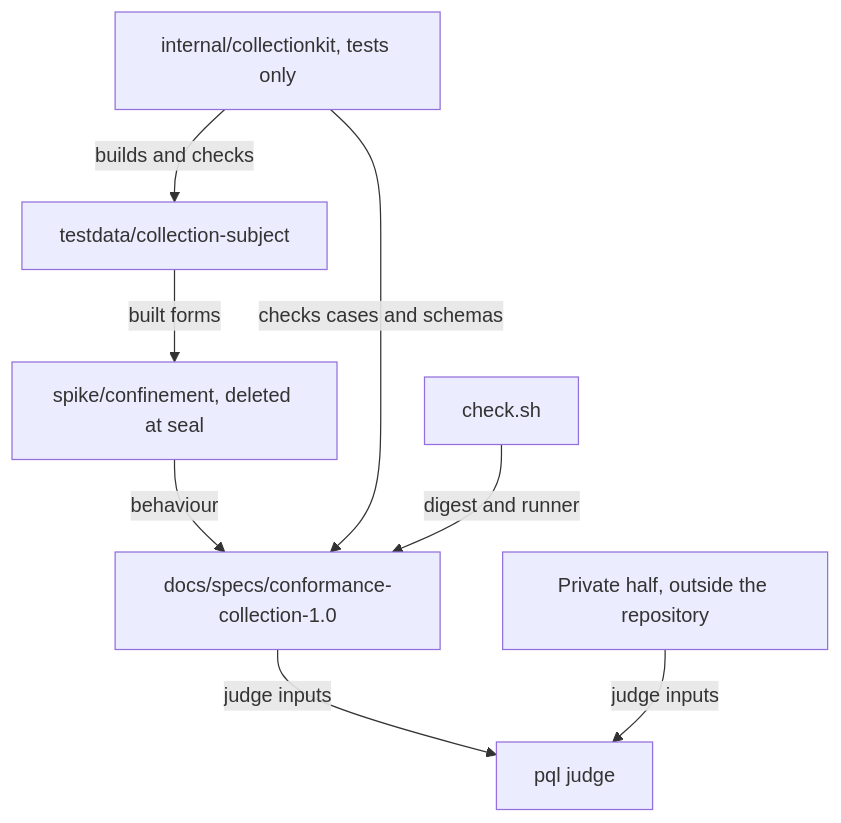
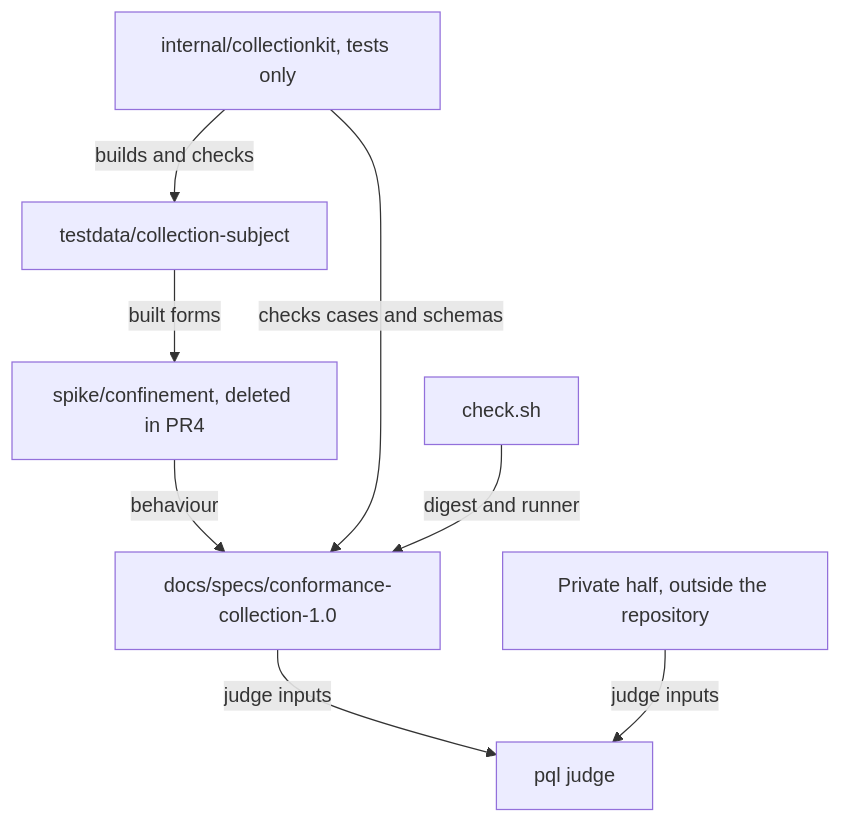
One commit to vinnyp/press-quality-lab changed the fourth of 6 diagrams in docs/plans/2026-11-21-2309-feat-conformance-collection-spec-plan.md. Above: the diagram before and after it, drawn with Mermaid. The commit also changed other lines of this file and 1 other file, not shown here.

First line of the commit message:
docs: plan PR3, the corpus and seal, after its design review (#11)

````diff
--- a/docs/plans/2026-11-21-2309-feat-conformance-collection-spec-plan.md
+++ b/docs/plans/2026-11-21-2309-feat-conformance-collection-spec-plan.md
@@ -487,10 +554,10 @@
 ```mermaid
 flowchart TB
-  S[spike/confinement, deleted at seal] -->|behaviour| K[docs/specs/conformance-collection-1.0]
+  S[spike/confinement, deleted in PR4] -->|behaviour| K[docs/specs/conformance-collection-1.0]
   G[testdata/collection-subject] -->|built forms| S
   T[internal/collectionkit, tests only] -->|builds and checks| G
   T -->|checks cases and schemas| K
   K -->|judge inputs| J[pql judge]
   C[check.sh] -->|digest and runner| K
   P[Private half, outside the repository] -->|judge inputs| J
 ```
````
